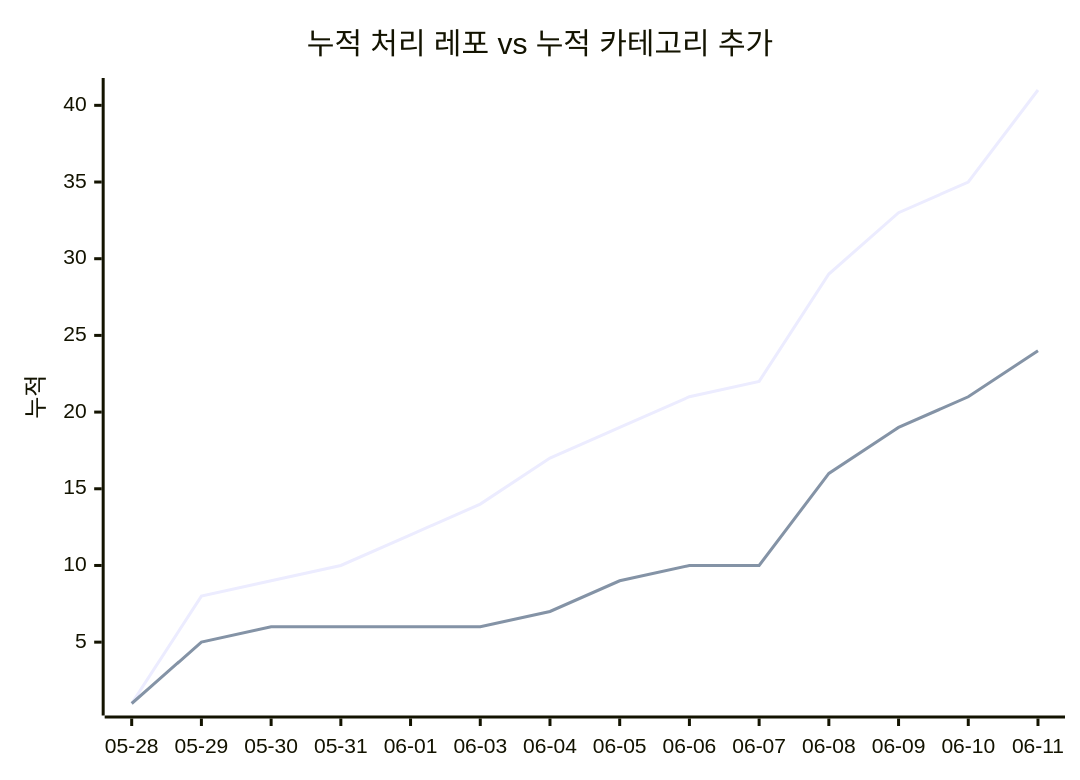
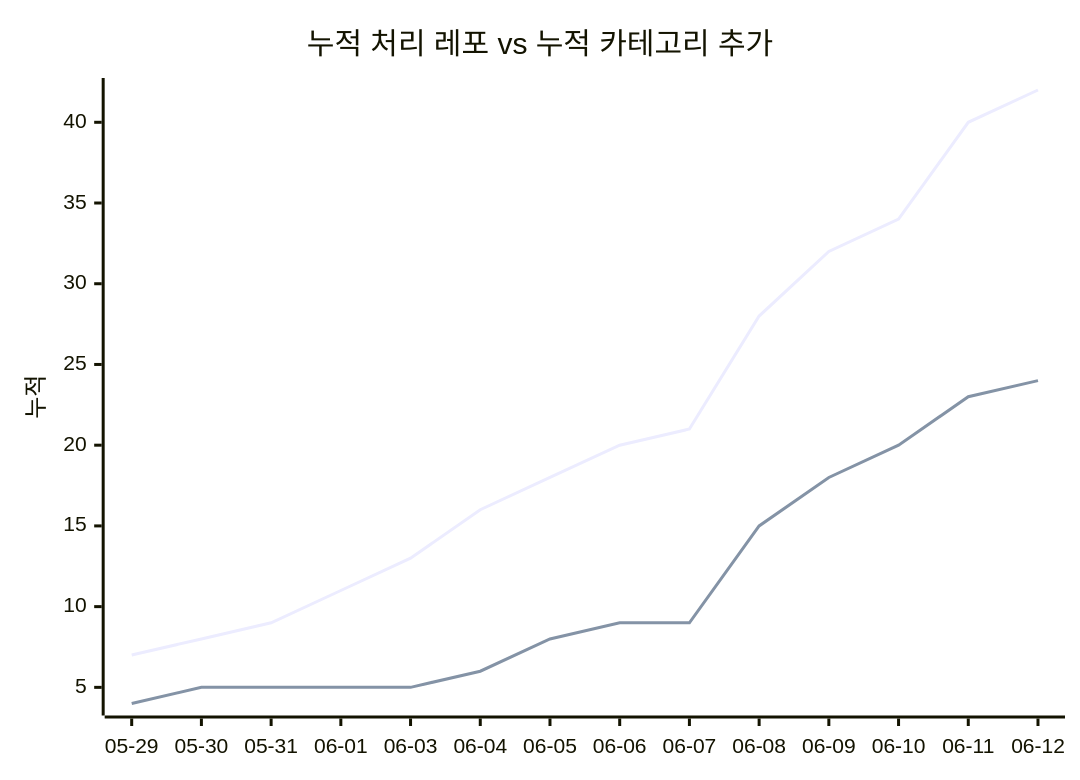
Before and after one commit to J-nowcow/awesome-korean-agent-skills: the second of 2 diagrams in docs/trends.md, drawn with Mermaid. The commit also changed other lines of this file and 4 other files, not shown here.

````diff
--- a/docs/trends.md
+++ b/docs/trends.md
@@ -68,8 +68,8 @@
 ```mermaid
 xychart-beta
     title "누적 처리 레포 vs 누적 카테고리 추가"
-    x-axis ["05-28","05-29","05-30","05-31","06-01","06-03","06-04","06-05","06-06","06-07","06-08","06-09","06-10","06-11"]
+    x-axis ["05-29","05-30","05-31","06-01","06-03","06-04","06-05","06-06","06-07","06-08","06-09","06-10","06-11","06-12"]
     y-axis "누적"
-    line [1,8,9,10,12,14,17,19,21,22,29,33,35,41]
-    line [1,5,6,6,6,6,7,9,10,10,16,19,21,24]
+    line [7,8,9,11,13,16,18,20,21,28,32,34,40,42]
+    line [4,5,5,5,5,6,8,9,9,15,18,20,23,24]
 ```
````
